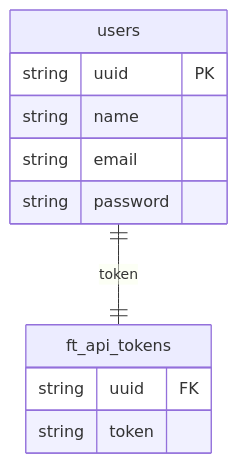
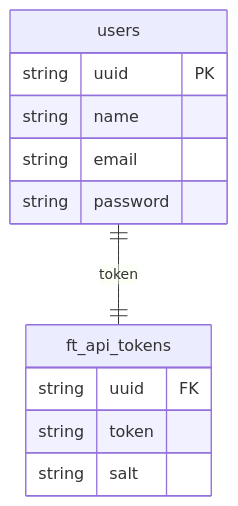
Before and after one commit to ShotaTanemura/ft_transcendence: the diagram in doc/er/pong_tables.md, drawn with Mermaid.

Commit message:
Add salt to column

````diff
--- a/doc/er/pong_tables.md
+++ b/doc/er/pong_tables.md
@@ -3,17 +3,18 @@
 ```mermaid
 erDiagram
 
 users ||--|| ft_api_tokens : token
 
 users {
     string uuid PK
     string name
     string email
     string password
 }
 
 ft_api_tokens {
     string uuid FK
     string token
+    string salt
 }
 ```
````
